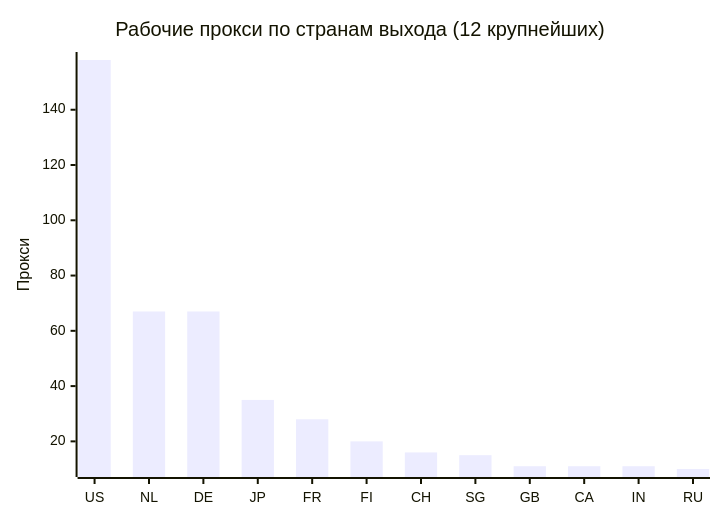
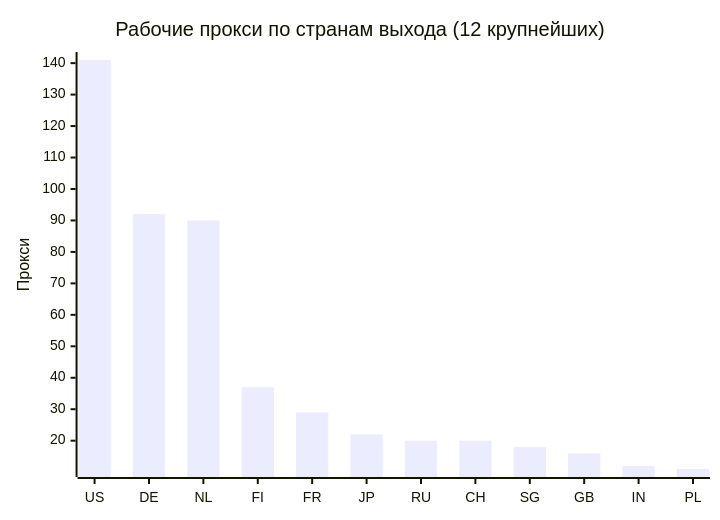
One commit to rvvg/proxy-subs changed the second of 4 diagrams in README.md. Above: the diagram before and after it, drawn with Mermaid. The commit also changed other lines of this file and 46 other files, not shown here.

````diff
--- a/README.md
+++ b/README.md
@@ -128,7 +127,7 @@
 ```mermaid
 xychart-beta
     title "Рабочие прокси по странам выхода (12 крупнейших)"
-    x-axis ["US", "NL", "DE", "JP", "FR", "FI", "CH", "SG", "GB", "CA", "IN", "RU"]
+    x-axis ["US", "DE", "NL", "FI", "FR", "JP", "RU", "CH", "SG", "GB", "IN", "PL"]
     y-axis "Прокси"
-    bar [158, 67, 67, 35, 28, 20, 16, 15, 11, 11, 11, 10]
+    bar [141, 92, 90, 37, 29, 22, 20, 20, 18, 16, 12, 11]
 ```
````
